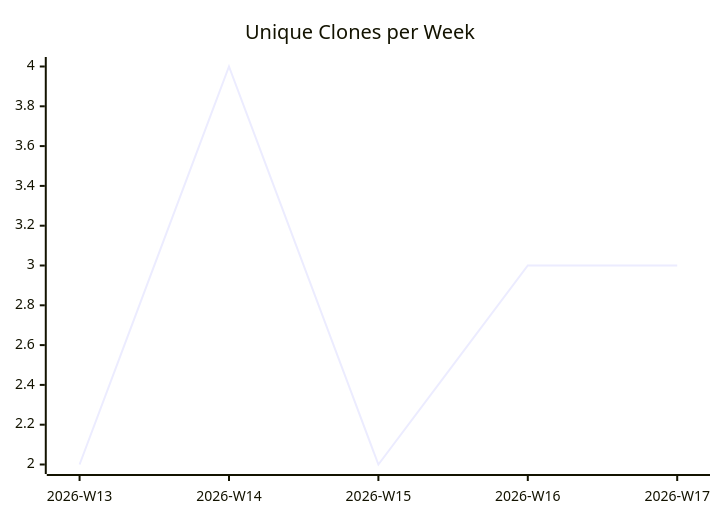
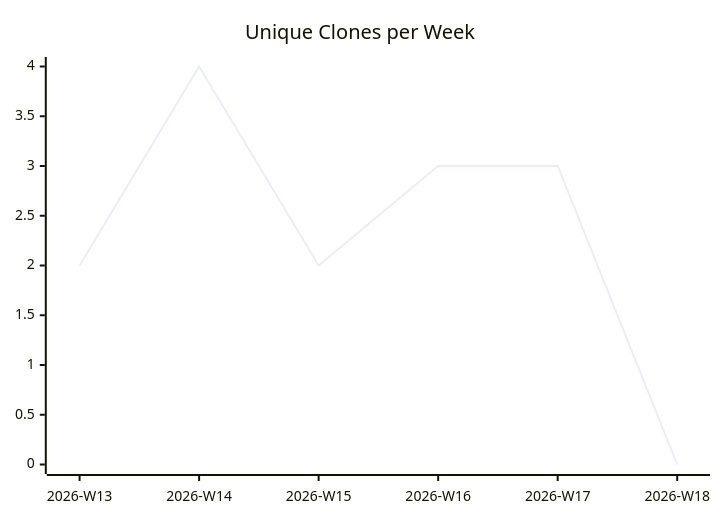
Before and after one commit to justdavis-family/github-analytics-data: the third of 3 diagrams in karlmdavis/workstation-base-ansible-role/README.md, drawn with Mermaid. The commit also changed other lines of this file and 184 other files, not shown here.

````diff
--- a/karlmdavis/workstation-base-ansible-role/README.md
+++ b/karlmdavis/workstation-base-ansible-role/README.md
@@ -19,6 +19,6 @@
 ```mermaid
 xychart-beta
   title "Unique Clones per Week"
-  x-axis ["2026-W13", "2026-W14", "2026-W15", "2026-W16", "2026-W17"]
-  line [2, 4, 2, 3, 3]
+  x-axis ["2026-W13", "2026-W14", "2026-W15", "2026-W16", "2026-W17", "2026-W18"]
+  line [2, 4, 2, 3, 3, 0]
 ```
````
